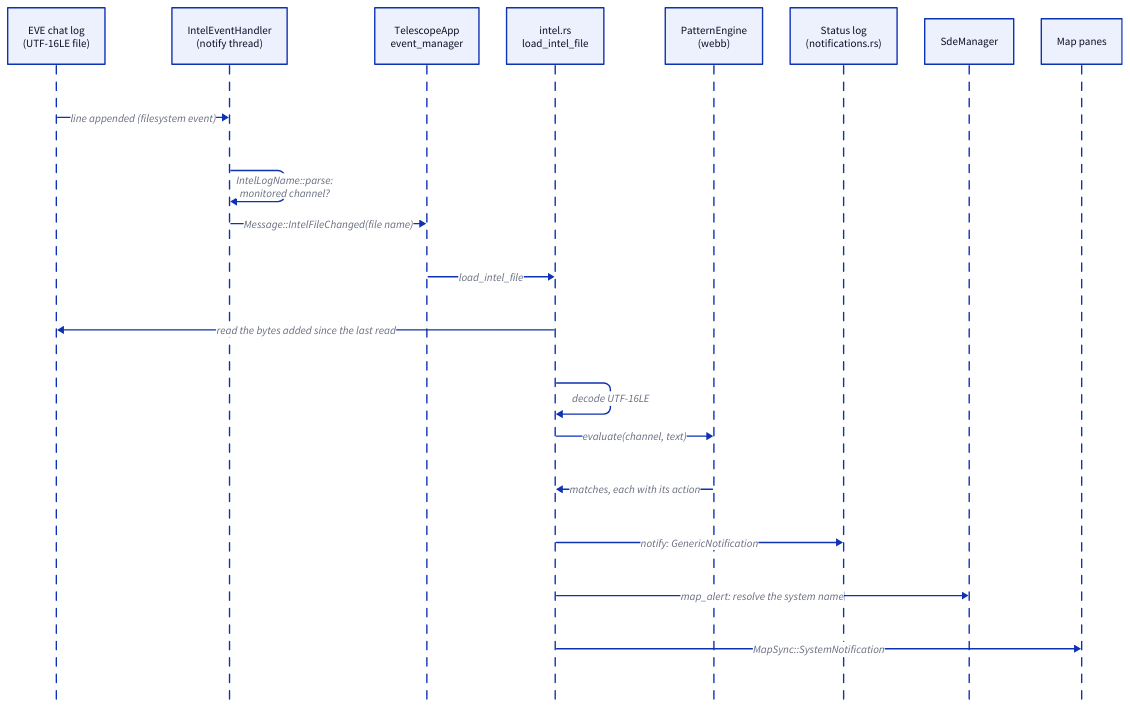
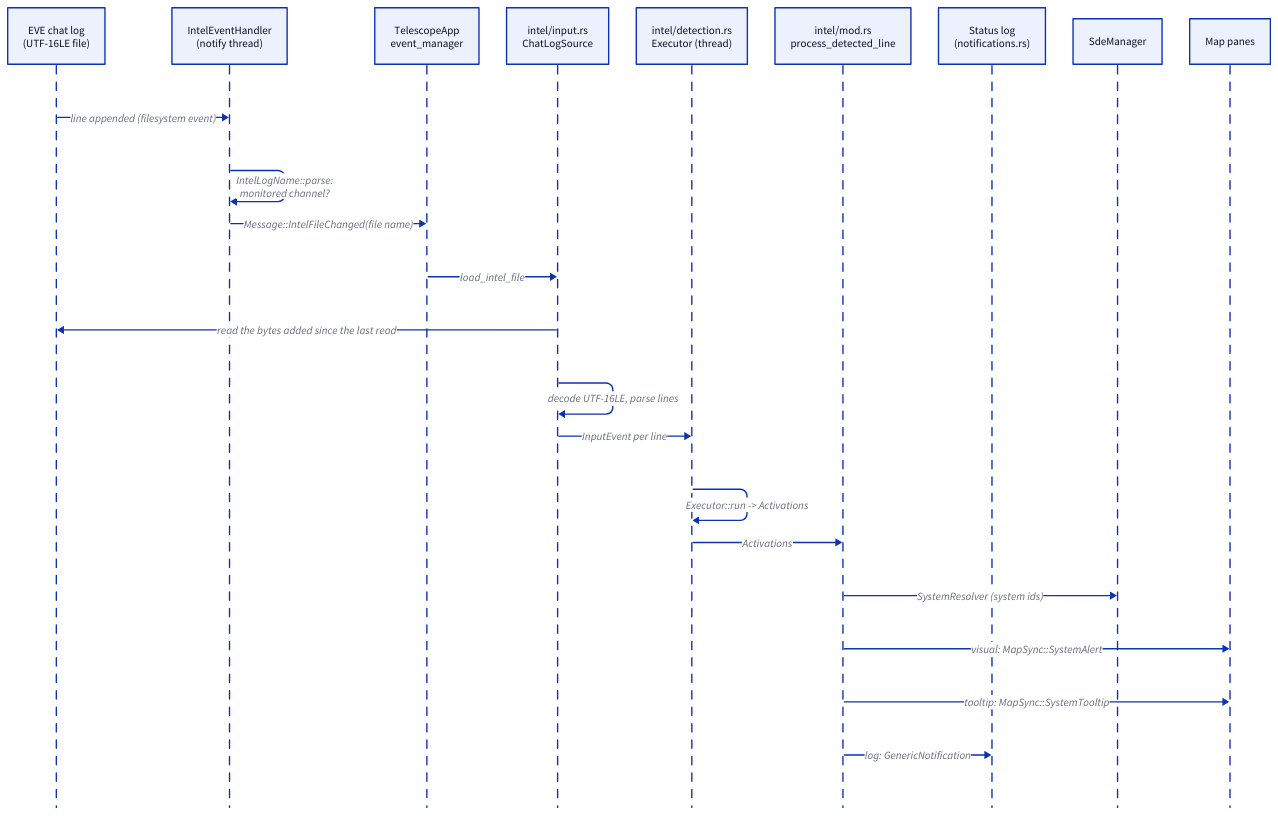
Before and after one commit to rafaga/telescope: the diagram in docs/architecture/flow-intel.d2, drawn with D2. The commit also changed 27 other files, not shown here.

```diff
--- a/docs/architecture/flow-intel.d2
+++ b/docs/architecture/flow-intel.d2
@@ -1,22 +1,25 @@
 shape: sequence_diagram
 
 log: "EVE chat log\n(UTF-16LE file)"
 watcher: "IntelEventHandler\n(notify thread)"
 app: "TelescopeApp\nevent_manager"
-intel: "intel.rs\nload_intel_file"
-engine: "PatternEngine\n(webb)"
+input: "intel/input.rs\nChatLogSource"
+detection: "intel/detection.rs\nExecutor (thread)"
+process: "intel/mod.rs\nprocess_detected_line"
 status: "Status log\n(notifications.rs)"
 sde: "SdeManager"
 maps: "Map panes"
 
 log -> watcher: "line appended (filesystem event)"
 watcher -> watcher: "IntelLogName::parse:\nmonitored channel?"
 watcher -> app: "Message::IntelFileChanged(file name)"
-app -> intel: "load_intel_file"
-intel -> log: "read the bytes added since the last read"
-intel -> intel: "decode UTF-16LE"
-intel -> engine: "evaluate(channel, text)"
-engine -> intel: "matches, each with its action"
-intel -> status: "notify: GenericNotification"
-intel -> sde: "map_alert: resolve the system name"
-intel -> maps: "MapSync::SystemNotification"
+app -> input: "load_intel_file"
+input -> log: "read the bytes added since the last read"
+input -> input: "decode UTF-16LE, parse lines"
+input -> detection: "InputEvent per line"
+detection -> detection: "Executor::run -> Activations"
+detection -> process: "Activations"
+process -> sde: "SystemResolver (system ids)"
+process -> maps: "visual: MapSync::SystemAlert"
+process -> maps: "tooltip: MapSync::SystemTooltip"
+process -> status: "log: GenericNotification"
```
